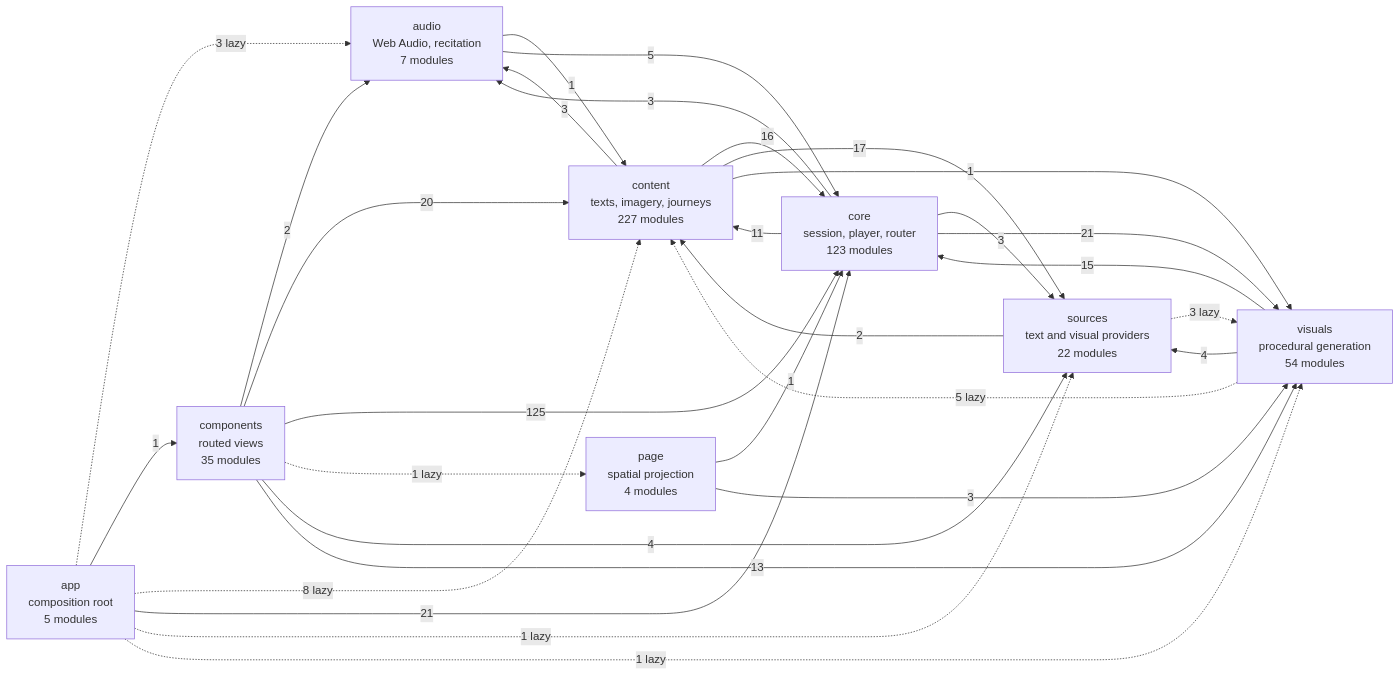
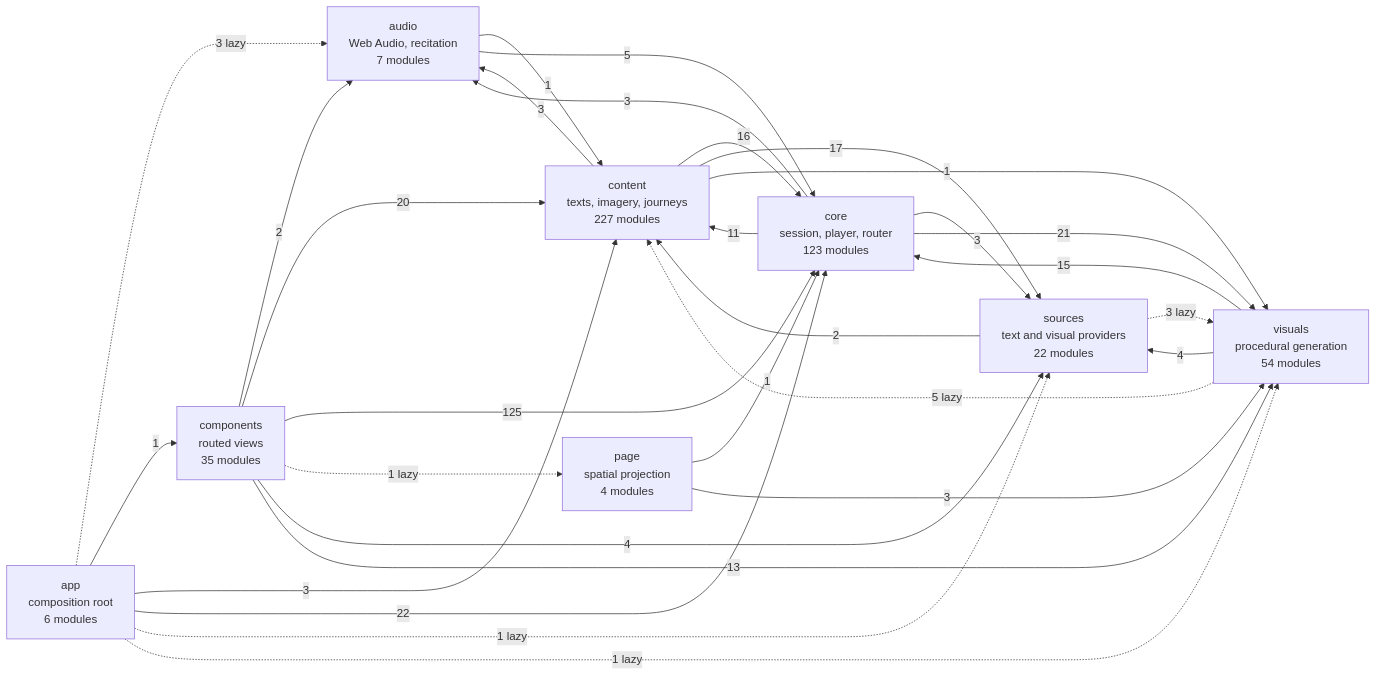
Before and after one commit to SyberLabs/RISE: the diagram in docs/specs/ARCHITECTURE.md, drawn with Mermaid.

Commit message:
Refresh architecture diagram for Jev handoff

````diff
--- a/docs/specs/ARCHITECTURE.md
+++ b/docs/specs/ARCHITECTURE.md
@@ -160,41 +160,41 @@
 ```mermaid
 flowchart LR
-    app["app<br/>composition root<br/>5 modules"]
+    app["app<br/>composition root<br/>6 modules"]
     audio["audio<br/>Web Audio, recitation<br/>7 modules"]
     components["components<br/>routed views<br/>35 modules"]
     content["content<br/>texts, imagery, journeys<br/>227 modules"]
     core["core<br/>session, player, router<br/>123 modules"]
     page["page<br/>spatial projection<br/>4 modules"]
     sources["sources<br/>text and visual providers<br/>22 modules"]
     visuals["visuals<br/>procedural generation<br/>54 modules"]
 
     app -.-> |3 lazy| audio
     app --> |1| components
-    app -.-> |8 lazy| content
-    app --> |21| core
+    app --> |3| content
+    app --> |22| core
     app -.-> |1 lazy| sources
     app -.-> |1 lazy| visuals
     audio --> |1| content
     audio --> |5| core
     components --> |2| audio
     components --> |20| content
     components --> |125| core
     components -.-> |1 lazy| page
     components --> |4| sources
     components --> |13| visuals
     content --> |3| audio
     content --> |16| core
     content --> |17| sources
     content --> |1| visuals
     core --> |3| audio
     core --> |11| content
     core --> |3| sources
     core --> |21| visuals
     page --> |1| core
     page --> |3| visuals
     sources --> |2| content
     sources -.-> |3 lazy| visuals
     visuals -.-> |5 lazy| content
     visuals --> |15| core
     visuals --> |4| sources
 ```
````
